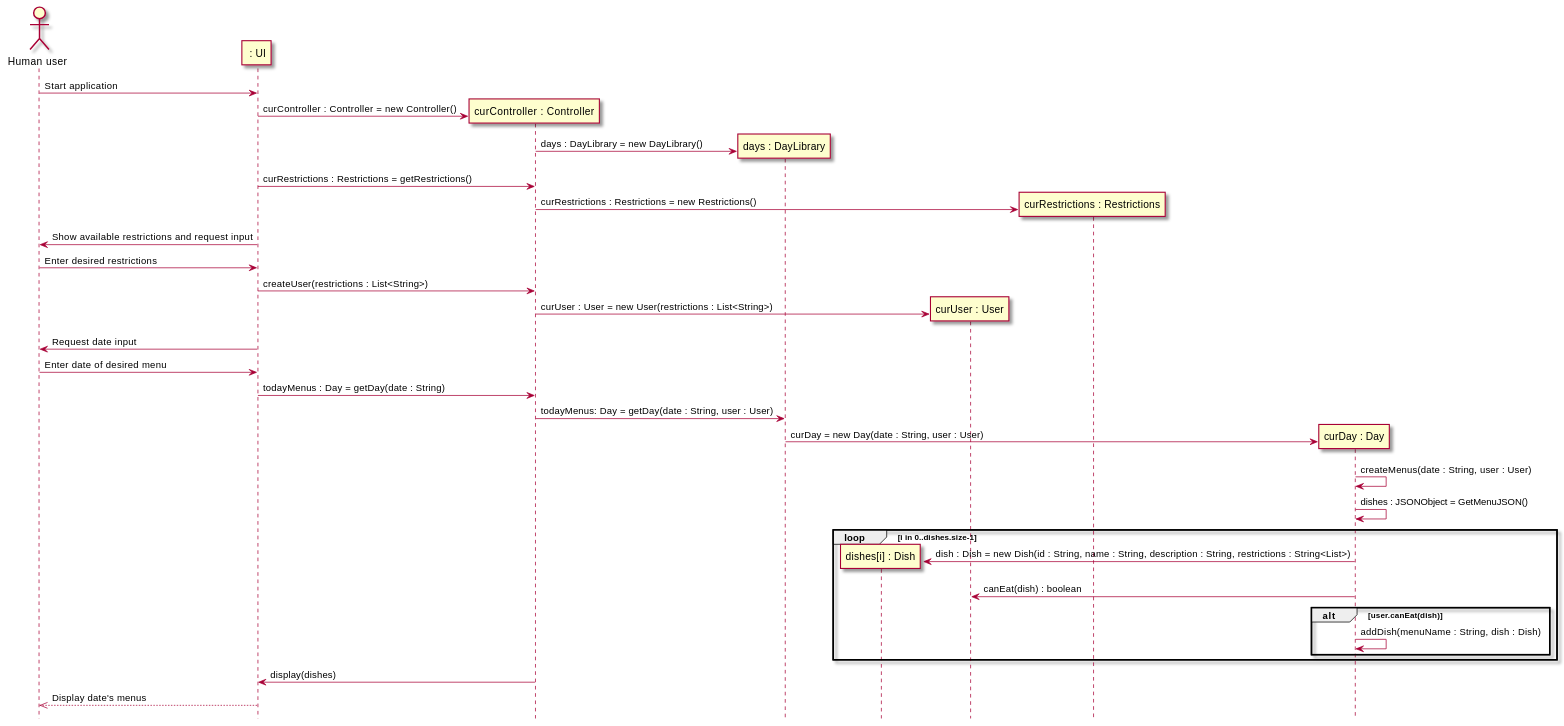
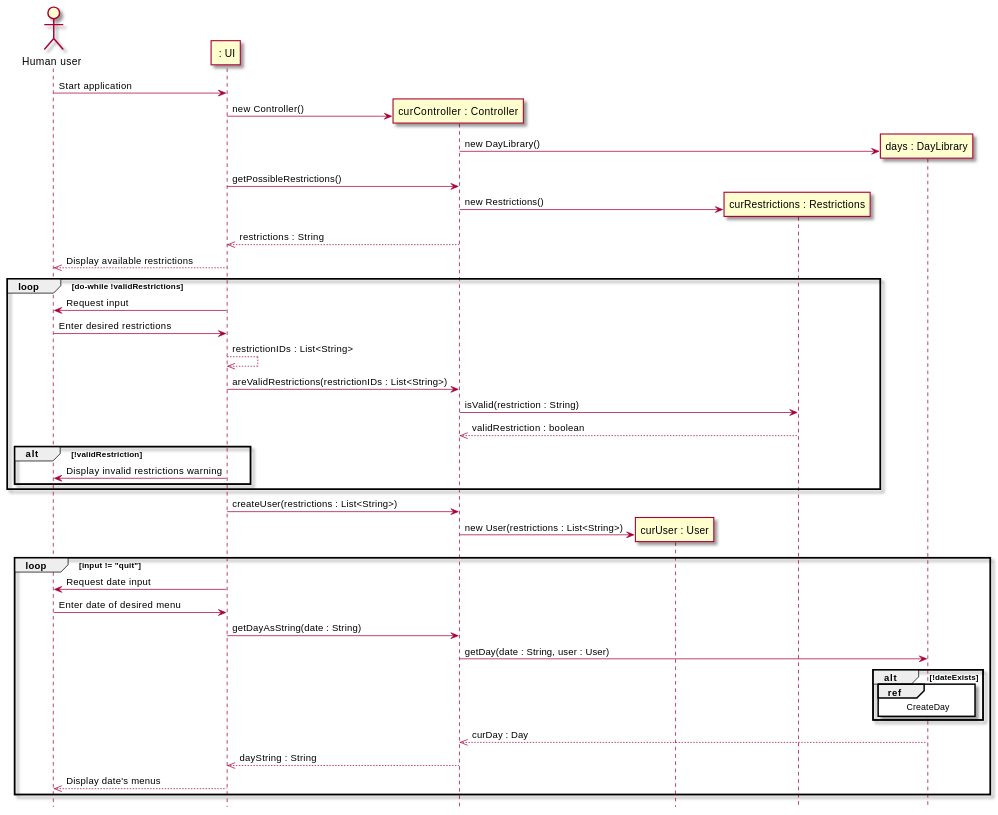
Before and after one commit to sashap100/Vassar-Dining-App: the second of 3 diagrams in intellij/doc/design.md, drawn with PlantUML. The commit also changed other lines of this file, not shown here.

````diff
--- a/intellij/doc/design.md
+++ b/intellij/doc/design.md
@@ -115,43 +97,49 @@
 ```plantuml
 
 @startuml
 skin rose
 
 hide footbox
 actor "Human user" as human
 participant " : UI" as ui
 participant "curController : Controller" as controller
-participant "days : DayLibrary" as days
-participant "dishes[i] : Dish" as dish
 participant "curUser : User" as user
 participant "curRestrictions : Restrictions" as restriction
-participant "curDay : Day" as day
+participant "days : DayLibrary" as days
 
 human -> ui : Start application
-ui -> controller **: curController : Controller = new Controller()
-controller -> days **: days : DayLibrary = new DayLibrary()
-ui -> controller : curRestrictions : Restrictions = getRestrictions()
-controller -> restriction **: curRestrictions : Restrictions = new Restrictions()
-ui -> human : Show available restrictions and request input
-human -> ui : Enter desired restrictions
-ui -> controller : createUser(restrictions : List<String>)
-controller -> user **: curUser : User = new User(restrictions : List<String>)
-ui -> human : Request date input
-human -> ui : Enter date of desired menu
-ui -> controller : todayMenus : Day = getDay(date : String)
-controller -> days : todayMenus: Day = getDay(date : String, user : User)
-days -> day **: curDay = new Day(date : String, user : User)
-day -> day : createMenus(date : String, user : User)
-day -> day : dishes : JSONObject = GetMenuJSON()
-loop i in 0..dishes.size-1
-    day -> dish **: dish : Dish = new Dish(id : String, name : String, description : String, restrictions : String<List>)
-    day -> user : canEat(dish) : boolean
-    alt user.canEat(dish)
-        day -> day : addDish(menuName : String, dish : Dish)
-        
+ui -> controller **: new Controller()
+controller -> days **: new DayLibrary()
+ui -> controller : getPossibleRestrictions()
+controller -> restriction **: new Restrictions()
+controller -->> ui : restrictions : String
+ui -->> human : Display available restrictions
+loop do-while !validRestrictions
+    ui -> human : Request input
+    human -> ui : Enter desired restrictions
+    ui -->> ui : restrictionIDs : List<String>
+    ui -> controller : areValidRestrictions(restrictionIDs : List<String>)
+    controller -> restriction : isValid(restriction : String)
+    restriction -->> controller : validRestriction : boolean
+    alt !validRestriction
+        ui -> human : Display invalid restrictions warning
     end
 end
-controller -> ui : display(dishes)
-ui -->> human : Display date's menus
+ui -> controller : createUser(restrictions : List<String>)
+controller -> user **: new User(restrictions : List<String>)
+loop input != "quit"
+    ui -> human : Request date input
+    human -> ui : Enter date of desired menu
+    ui -> controller : getDayAsString(date : String)
+    controller -> days : getDay(date : String, user : User)
+    alt !dateExists
+        ref over days
+        CreateDay
+        end ref
+    end
+    days -->> controller : curDay : Day
+    controller -->> ui : dayString : String
+    ui -->> human : Display date's menus
+end
 @enduml
 ```
````
